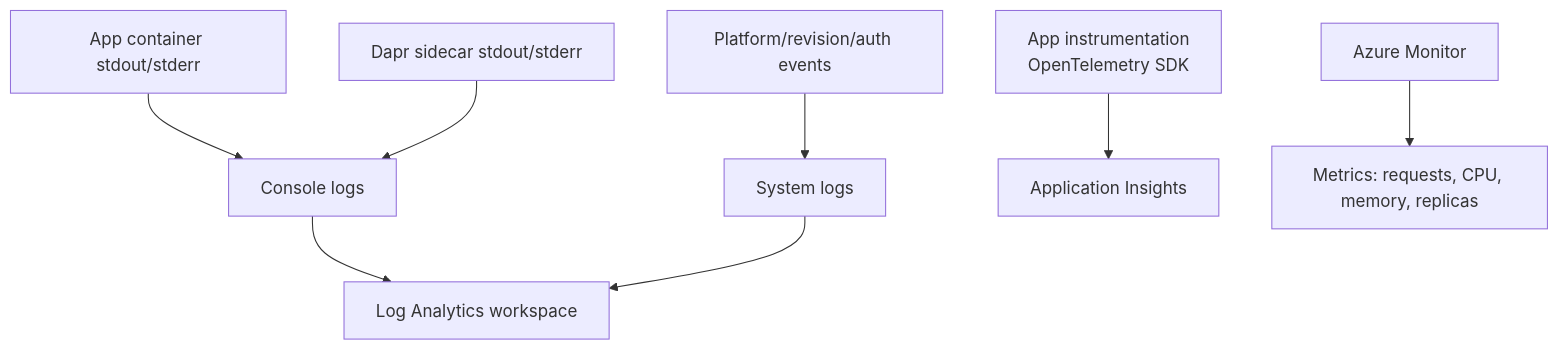
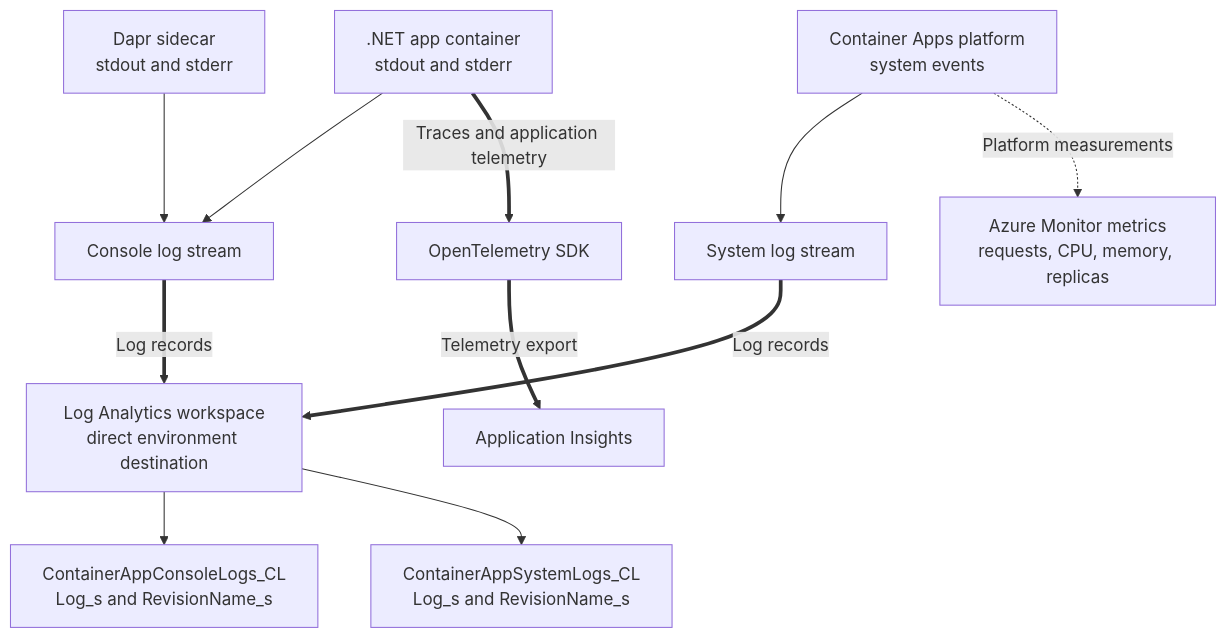
The second of 2 diagrams in docs/language-guides/dotnet/tutorial/04-logging-monitoring.md (yeongseon/azure-container-apps-practical-guide), drawn with Mermaid before and after one commit. The commit also changed other lines of this file and 13 other files, not shown here.

Commit message:
docs(diagrams): migrate language tutorial diagrams (#632)

````diff
--- a/docs/language-guides/dotnet/tutorial/04-logging-monitoring.md
+++ b/docs/language-guides/dotnet/tutorial/04-logging-monitoring.md
@@ -77,10 +81,28 @@
 ```mermaid
 flowchart TD
-    APP[App container stdout/stderr] --> CONSOLE[Console logs]
-    DAPR[Dapr sidecar stdout/stderr] --> CONSOLE
-    PLATFORM[Platform/revision/auth events] --> SYSTEM[System logs]
-    CONSOLE --> LAW[Log Analytics workspace]
-    SYSTEM --> LAW
-    OTEL[App instrumentation<br/>OpenTelemetry SDK] --> AI[Application Insights]
-    AZMON[Azure Monitor] --> METRICS[Metrics: requests, CPU, memory, replicas]
+    accTitle: Logging and telemetry paths for the .NET container app
+    accDescr: Console and system logs use the environment's direct Log Analytics destination and custom tables. OpenTelemetry sends application telemetry to Application Insights, while platform metrics are available through Azure Monitor.
+
+    APP[".NET app container<br/>stdout and stderr"]
+    DAPR["Dapr sidecar<br/>stdout and stderr"]
+    PLATFORM["Container Apps platform<br/>system events"]
+    CONSOLE["Console log stream"]
+    SYSTEM["System log stream"]
+    LAW["Log Analytics workspace<br/>direct environment destination"]
+    CONSOLE_TABLE["ContainerAppConsoleLogs_CL<br/>Log_s and RevisionName_s"]
+    SYSTEM_TABLE["ContainerAppSystemLogs_CL<br/>Log_s and RevisionName_s"]
+    OTEL["OpenTelemetry SDK"]
+    AI["Application Insights"]
+    AZMON["Azure Monitor metrics<br/>requests, CPU, memory, replicas"]
+
+    APP --> CONSOLE
+    DAPR --> CONSOLE
+    PLATFORM --> SYSTEM
+    CONSOLE ==>|"Log records"| LAW
+    SYSTEM ==>|"Log records"| LAW
+    LAW --> CONSOLE_TABLE
+    LAW --> SYSTEM_TABLE
+    APP ==>|"Traces and application telemetry"| OTEL
+    OTEL ==>|"Telemetry export"| AI
+    PLATFORM -.->|"Platform measurements"| AZMON
 ```
````
